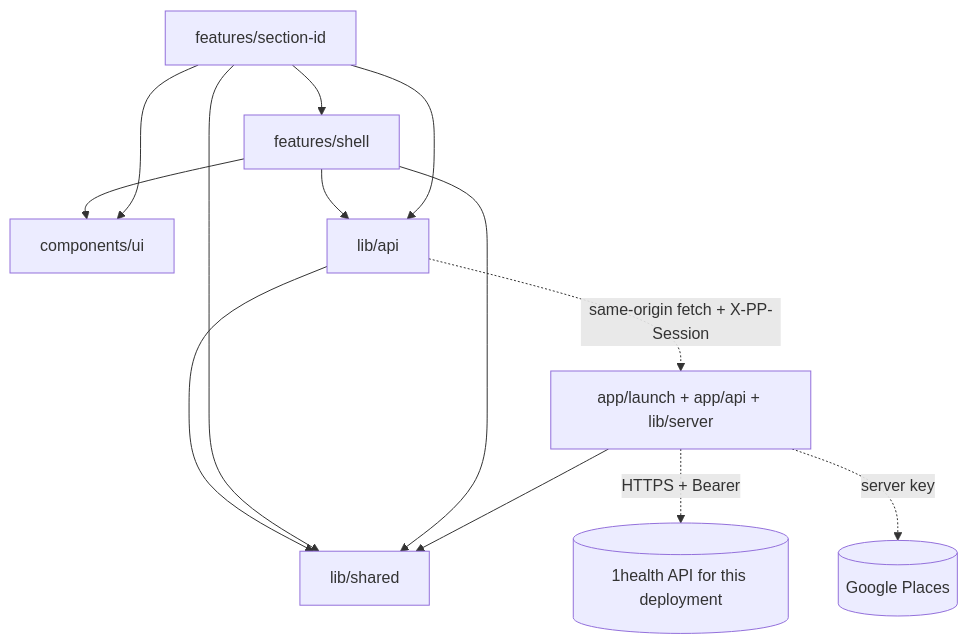
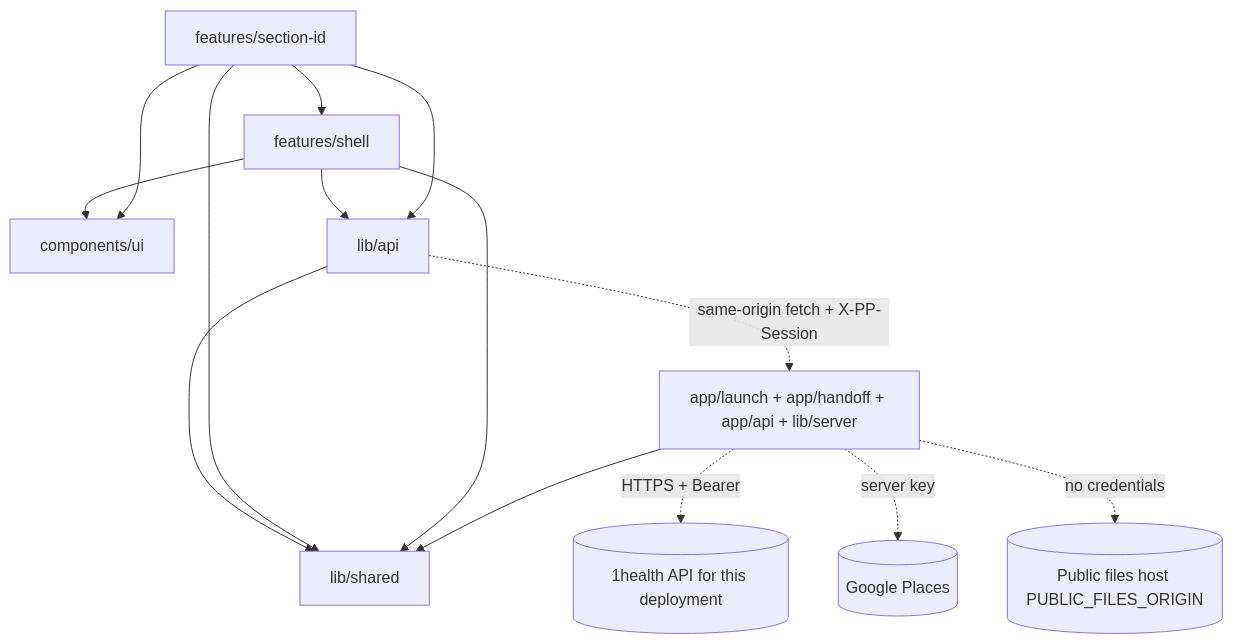
One commit to Tachin-ai-Corporation/personal-profile changed the first of 3 diagrams in _bmad-output/planning-artifacts/architecture/architecture-personal-profile-2026-10-13/ARCHITECTURE-SPINE.md. Above: the diagram before and after it, drawn with Mermaid. The commit also changed other lines of this file and 30 other files, not shown here.

````diff
--- a/_bmad-output/planning-artifacts/architecture/architecture-personal-profile-2026-10-13/ARCHITECTURE-SPINE.md
+++ b/_bmad-output/planning-artifacts/architecture/architecture-personal-profile-2026-10-13/ARCHITECTURE-SPINE.md
@@ -37,16 +41,17 @@
 ```mermaid
 graph TD
   UI[components/ui]
   SH[features/shell] --> UI
   SH --> API[lib/api]
   F[features/section-id] --> SH
   F --> API
   F --> UI
   API --> SHR[lib/shared]
   F --> SHR
   SH --> SHR
-  BFF[app/launch + app/api + lib/server] --> SHR
+  BFF[app/launch + app/handoff + app/api + lib/server] --> SHR
   API -. "same-origin fetch + X-PP-Session" .-> BFF
   BFF -. "HTTPS + Bearer" .-> OH[(1health API for this deployment)]
   BFF -. "server key" .-> GP[(Google Places)]
+  BFF -. "no credentials" .-> PF[(Public files host PUBLIC_FILES_ORIGIN)]
 ```
````
